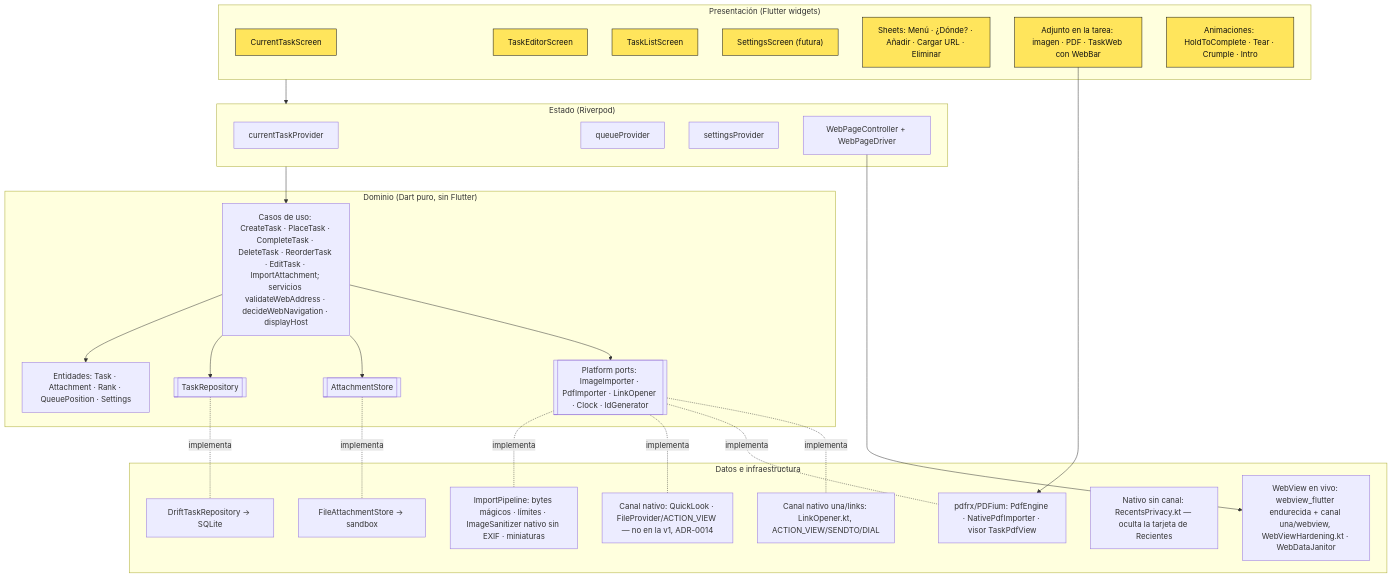
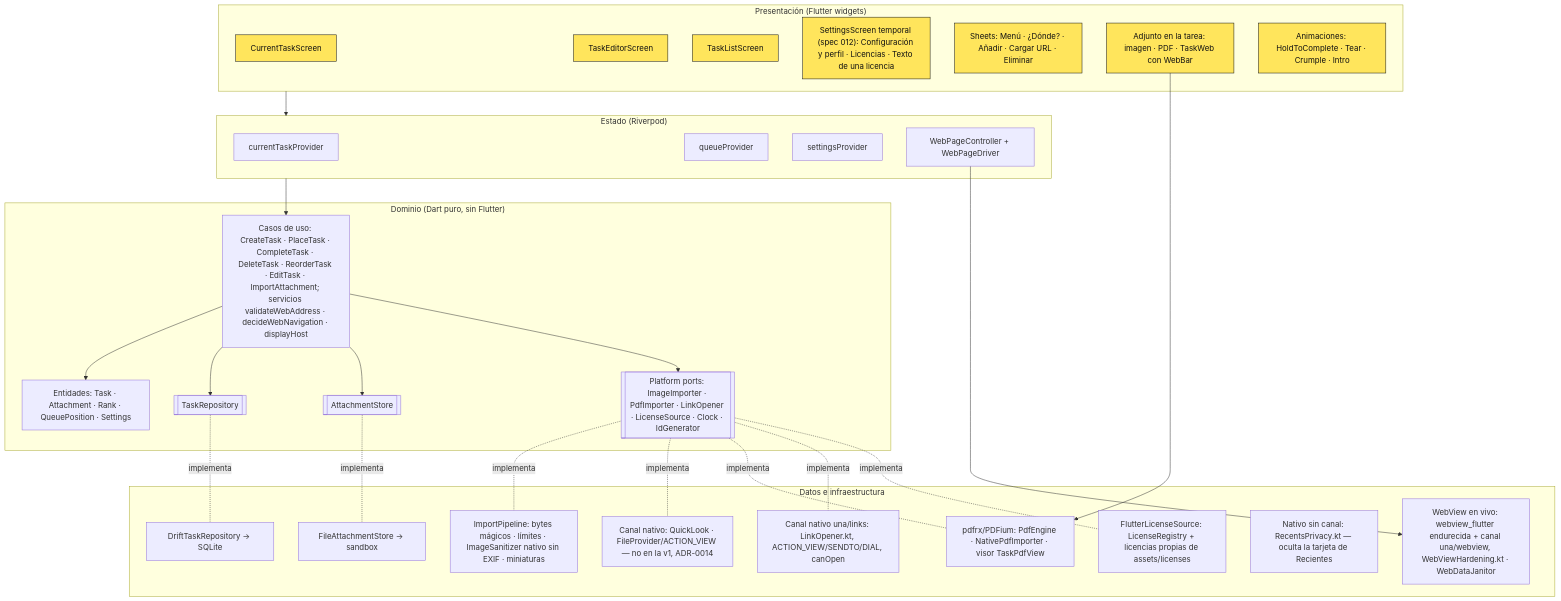
One commit to svallev/una changed the first of 4 diagrams in docs/architecture.md. Above: the diagram before and after it, drawn with Mermaid. The commit also changed other lines of this file and 86 other files, not shown here.

First line of the commit message:
feat(012): add temporary settings screen with open-source licenses and privacy policy (#22)

````diff
--- a/docs/architecture.md
+++ b/docs/architecture.md
@@ -7,44 +7,45 @@
 ```mermaid
 flowchart TB
   subgraph UI["Presentación (Flutter widgets)"]
     S1[CurrentTaskScreen]:::ui
     S2[TaskEditorScreen]:::ui
     S3[TaskListScreen]:::ui
-    S4["SettingsScreen (futura)"]:::ui
+    S4["SettingsScreen temporal (spec 012): Configuración y perfil · Licencias · Texto de una licencia"]:::ui
     SH[Sheets: Menú · ¿Dónde? · Añadir · Cargar URL · Eliminar]:::ui
     V[Adjunto en la tarea: imagen · PDF · TaskWeb con WebBar]:::ui
     FX[Animaciones: HoldToComplete · Tear · Crumple · Intro]:::ui
   end
   subgraph STATE["Estado (Riverpod)"]
     P1[currentTaskProvider]
     P2[queueProvider]
     P3[settingsProvider]
     P4[WebPageController + WebPageDriver]
   end
   subgraph DOMAIN["Dominio (Dart puro, sin Flutter)"]
     UC[Casos de uso: CreateTask · PlaceTask · CompleteTask · DeleteTask · ReorderTask · EditTask · ImportAttachment; servicios validateWebAddress · decideWebNavigation · displayHost]
     E[Entidades: Task · Attachment · Rank · QueuePosition · Settings]
     RP[[TaskRepository]]
     AS[[AttachmentStore]]
-    PF[[Platform ports: ImageImporter · PdfImporter · LinkOpener · Clock · IdGenerator]]
+    PF[[Platform ports: ImageImporter · PdfImporter · LinkOpener · LicenseSource · Clock · IdGenerator]]
   end
   subgraph DATA["Datos e infraestructura"]
     DR[DriftTaskRepository → SQLite]
     FS[FileAttachmentStore → sandbox]
     IMP[ImportPipeline: bytes mágicos · límites · ImageSanitizer nativo sin EXIF · miniaturas]
     WV[WebView en vivo: webview_flutter endurecida + canal una/webview, WebViewHardening.kt · WebDataJanitor]
     PDF[pdfrx/PDFium: PdfEngine · NativePdfImporter · visor TaskPdfView]
-    LNK[Canal nativo una/links: LinkOpener.kt, ACTION_VIEW/SENDTO/DIAL]
+    LNK[Canal nativo una/links: LinkOpener.kt, ACTION_VIEW/SENDTO/DIAL, canOpen]
+    LIC[FlutterLicenseSource: LicenseRegistry + licencias propias de assets/licenses]
     RC[Nativo sin canal: RecentsPrivacy.kt — oculta la tarjeta de Recientes]
     NV[Canal nativo: QuickLook · FileProvider/ACTION_VIEW — no en la v1, ADR-0014]
   end
   UI --> STATE --> UC
   UC --> E
   UC --> RP & AS & PF
   RP -.implementa.- DR
   AS -.implementa.- FS
-  PF -.implementa.- IMP & NV & PDF & LNK
+  PF -.implementa.- IMP & NV & PDF & LNK & LIC
   P4 --> WV
   V --> PDF
   classDef ui fill:#FFE55C,stroke:#111,color:#111
 ```
````
